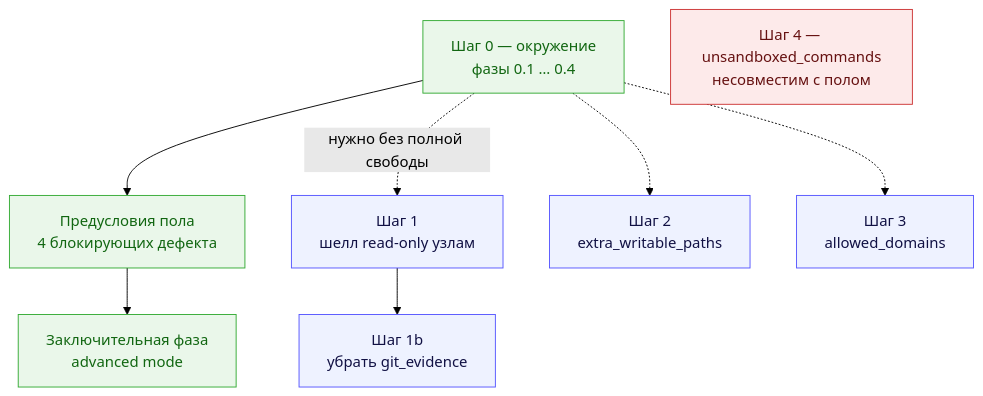
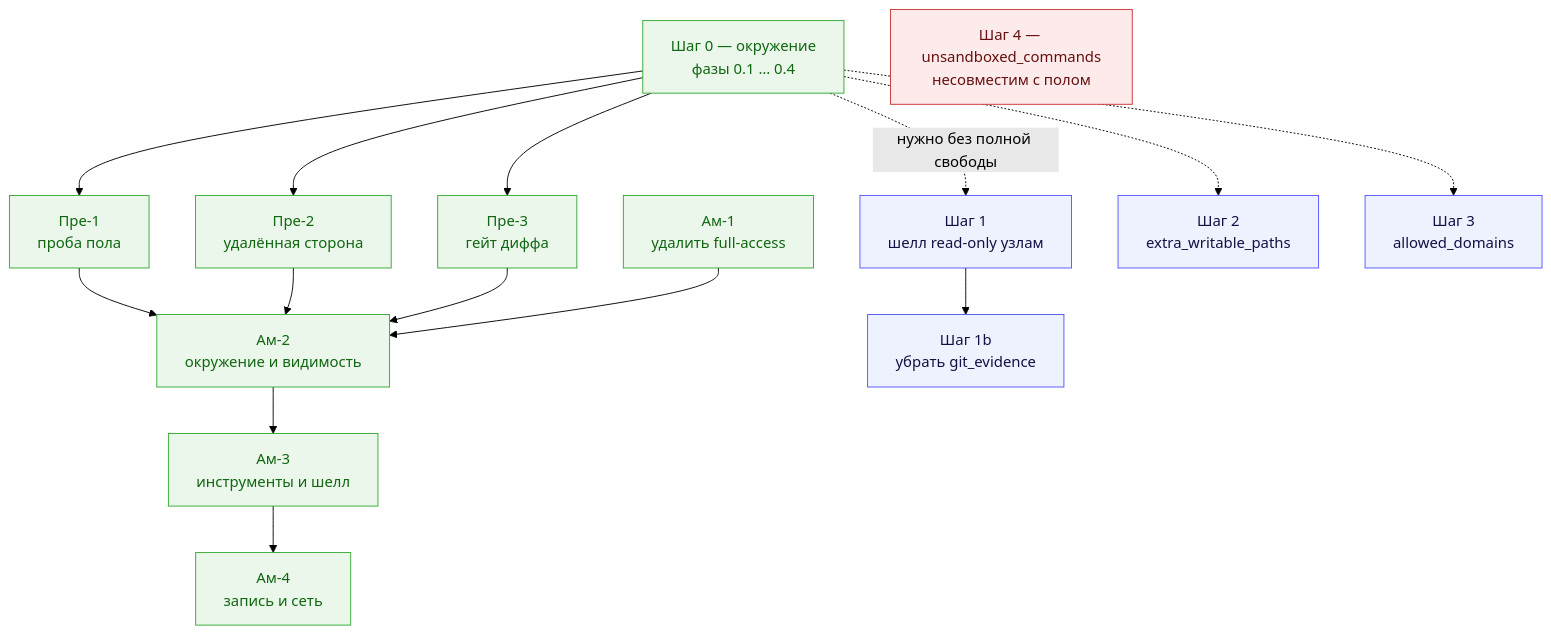
One commit to VladimirMakarevich/wastech-orchestrator changed the first of 2 diagrams in docs/backlog/full-tool-access/README.md. Above: the diagram before and after it, drawn with Mermaid (forest theme). The commit also changed other lines of this file and 9 other files, not shown here.

Commit message:
chore: add full tool access phases

````diff
--- a/docs/backlog/full-tool-access/README.md
+++ b/docs/backlog/full-tool-access/README.md
@@ -26,16 +33,25 @@
 ```mermaid
 flowchart TD
-    S0["Шаг 0 — окружение<br/>фазы 0.1 … 0.4"] --> P["Предусловия пола<br/>4 блокирующих дефекта"]
-    P --> AM["Заключительная фаза<br/>advanced mode"]
+    S0["Шаг 0 — окружение<br/>фазы 0.1 … 0.4"]
+    S0 --> P1["Пре-1<br/>проба пола"]
+    S0 --> P2["Пре-2<br/>удалённая сторона"]
+    S0 --> P3["Пре-3<br/>гейт диффа"]
+    A1["Ам-1<br/>удалить full-access"]
+    P1 --> A2
+    P2 --> A2
+    P3 --> A2
+    A1 --> A2["Ам-2<br/>окружение и видимость"]
+    A2 --> A3["Ам-3<br/>инструменты и шелл"]
+    A3 --> A4["Ам-4<br/>запись и сеть"]
     S0 -.->|"нужно без полной свободы"| S1["Шаг 1<br/>шелл read-only узлам"]
     S1 --> S1b["Шаг 1b<br/>убрать git_evidence"]
     S0 -.-> S2["Шаг 2<br/>extra_writable_paths"]
     S0 -.-> S3["Шаг 3<br/>allowed_domains"]
     S4["Шаг 4 — unsandboxed_commands<br/>несовместим с полом"]
     classDef work fill:#eaf7ea,stroke:#3a3,color:#161
     classDef opt fill:#eef2ff,stroke:#55f,color:#114
     classDef danger fill:#fdeaea,stroke:#c33,color:#611
-    class S0,P,AM work
+    class S0,P1,P2,P3,A1,A2,A3,A4 work
     class S1,S1b,S2,S3 opt
     class S4 danger
 ```
````
